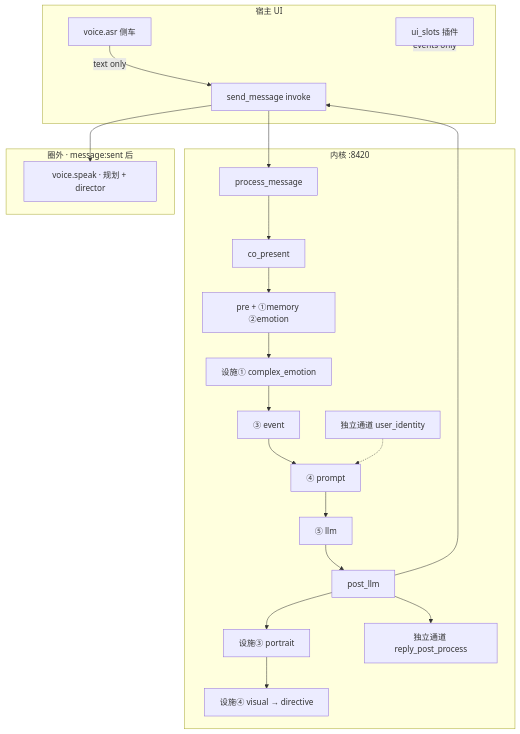
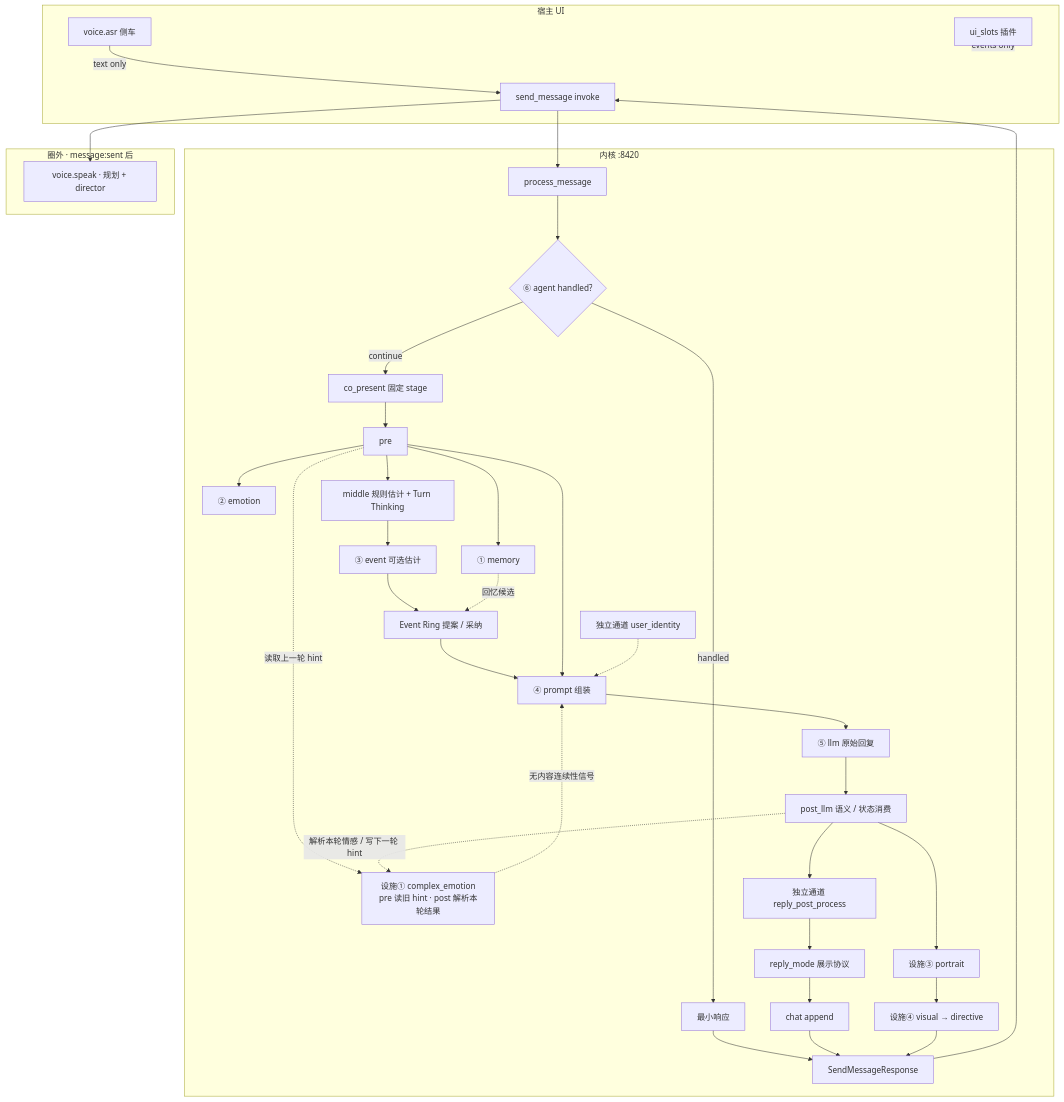
The diagram in human-docs/team/ARCHITECTURE_DECOUPLING_PANORAMA.md (linkaiheng2233-cyber/oclivenewnew), drawn with Mermaid before and after one commit. The commit also changed other lines of this file and 231 other files, not shown here.

Commit message:
docs(architecture): align project around tool kernel

````diff
--- a/human-docs/team/ARCHITECTURE_DECOUPLING_PANORAMA.md
+++ b/human-docs/team/ARCHITECTURE_DECOUPLING_PANORAMA.md
@@ -335,39 +339,57 @@
 ```mermaid
 flowchart TB
   subgraph host_ui [宿主 UI]
     SEND[send_message invoke]
     VOICE[voice.asr 侧车]
     UI[ui_slots 插件]
   end
 
   subgraph kernel [内核 :8420]
     PM[process_message]
-    CO[co_present]
-    PRE[pre + ①memory ②emotion]
-    F1[设施① complex_emotion]
-    EV[③ event]
-    BP[④ prompt]
-    LLM[⑤ llm]
-    PST[post_llm]
+    AG{⑥ agent handled?}
+    MIN[最小响应]
+    CO[co_present 固定 stage]
+    PRE[pre]
+    MEM[① memory]
+    EM[② emotion]
+    MID[middle 规则估计 + Turn Thinking]
+    EV[③ event 可选估计]
+    ER[Event Ring 提案 / 采纳]
+    BP[④ prompt 组装]
+    LLM[⑤ llm 原始回复]
+    PST[post_llm 语义 / 状态消费]
+    F1[设施① complex_emotion<br/>pre 读旧 hint · post 解析本轮结果]
     F3[设施③ portrait]
     F4[设施④ visual → directive]
     PP[独立通道 reply_post_process]
+    RM[reply_mode 展示协议]
+    CHAT[chat append]
+    RESP[SendMessageResponse]
     UID[独立通道 user_identity]
   end
 
   VOICE -->|text only| SEND
   UI -.->|events only| host_ui
-  SEND --> PM --> CO --> PRE
-  PRE --> F1 --> EV --> BP
+  SEND --> PM --> AG
+  AG -->|handled| MIN --> RESP
+  AG -->|continue| CO --> PRE --> MID
+  PRE --> MEM
+  PRE --> EM
+  PRE -.读取上一轮 hint.-> F1
+  MID --> EV --> ER --> BP
+  MEM -.回忆候选.-> ER
+  PRE --> BP
   UID -.-> BP
+  F1 -.无内容连续性信号.-> BP
   BP --> LLM --> PST
-  PST --> PP
-  PST --> F3 --> F4
+  PST -.解析本轮情感 / 写下一轮 hint.-> F1
+  PST --> PP --> RM --> CHAT --> RESP
+  PST --> F3 --> F4 --> RESP
 
   subgraph after [圈外 · message:sent 后]
     TTS[voice.speak · 规划 + director]
   end
 
-  PST --> SEND
+  RESP --> SEND
   SEND --> TTS
 ```
````
